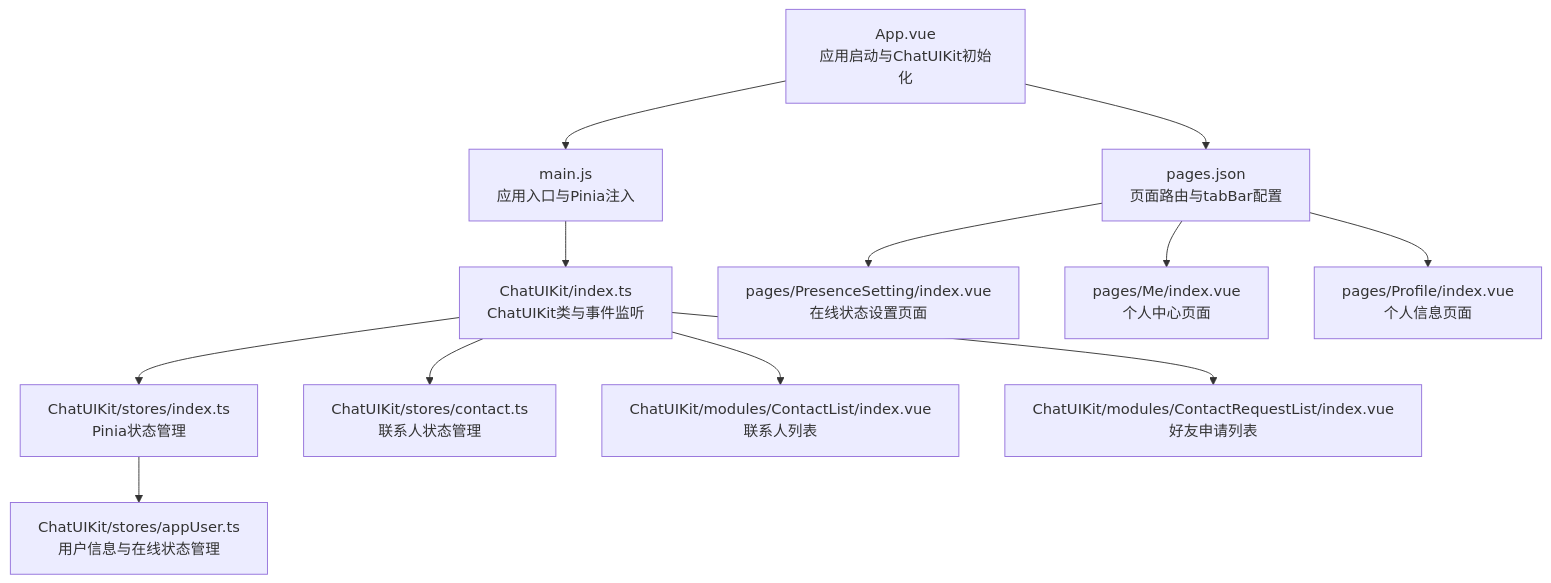
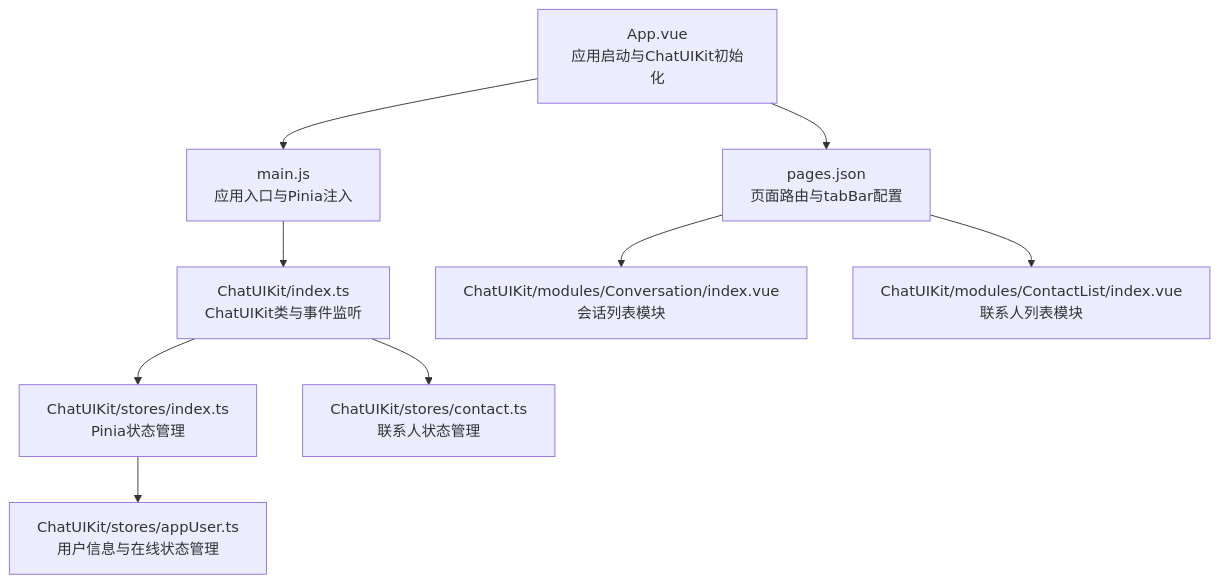
The first of 6 diagrams in .qoder/repowiki/zh/content/示例应用/示例应用概览.md (Easemob-Community/easemob-uikit-uniapp-community), drawn with Mermaid before and after one commit. The commit also changed other lines of this file and 8 other files, not shown here.

````diff
--- a/.qoder/repowiki/zh/content/示例应用/示例应用概览.md
+++ b/.qoder/repowiki/zh/content/示例应用/示例应用概览.md
@@ -55,14 +54,11 @@
 ```mermaid
 graph TB
 A["App.vue<br/>应用启动与ChatUIKit初始化"] --> B["main.js<br/>应用入口与Pinia注入"]
 B --> C["ChatUIKit/index.ts<br/>ChatUIKit类与事件监听"]
 A --> D["pages.json<br/>页面路由与tabBar配置"]
-D --> E["pages/PresenceSetting/index.vue<br/>在线状态设置页面"]
-D --> F["pages/Me/index.vue<br/>个人中心页面"]
-D --> G["pages/Profile/index.vue<br/>个人信息页面"]
-C --> H["ChatUIKit/stores/index.ts<br/>Pinia状态管理"]
-H --> I["ChatUIKit/stores/appUser.ts<br/>用户信息与在线状态管理"]
-C --> J["ChatUIKit/stores/contact.ts<br/>联系人状态管理"]
-C --> K["ChatUIKit/modules/ContactList/index.vue<br/>联系人列表"]
-C --> L["ChatUIKit/modules/ContactRequestList/index.vue<br/>好友申请列表"]
+D --> E["ChatUIKit/modules/Conversation/index.vue<br/>会话列表模块"]
+D --> F["ChatUIKit/modules/ContactList/index.vue<br/>联系人列表模块"]
+C --> G["ChatUIKit/stores/index.ts<br/>Pinia状态管理"]
+G --> H["ChatUIKit/stores/appUser.ts<br/>用户信息与在线状态管理"]
+C --> I["ChatUIKit/stores/contact.ts<br/>联系人状态管理"]
 ```
````
